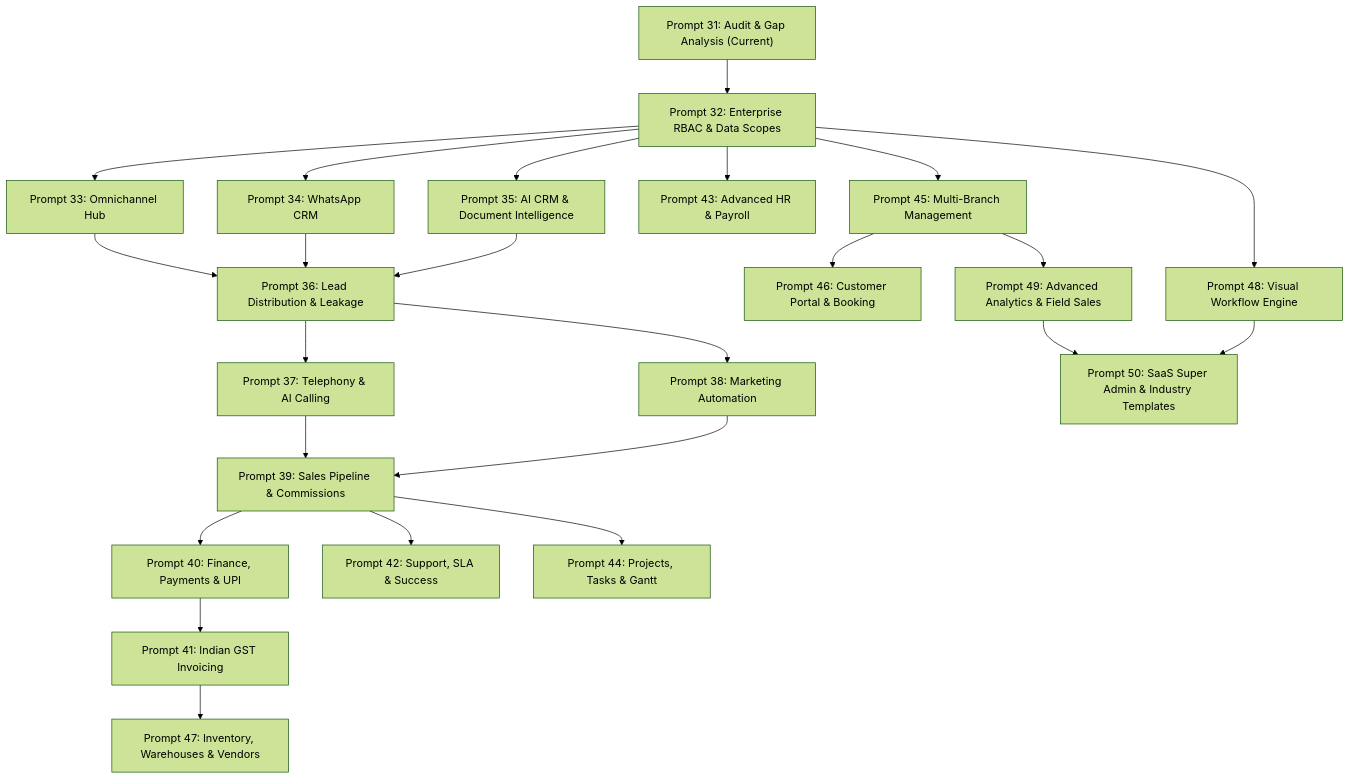
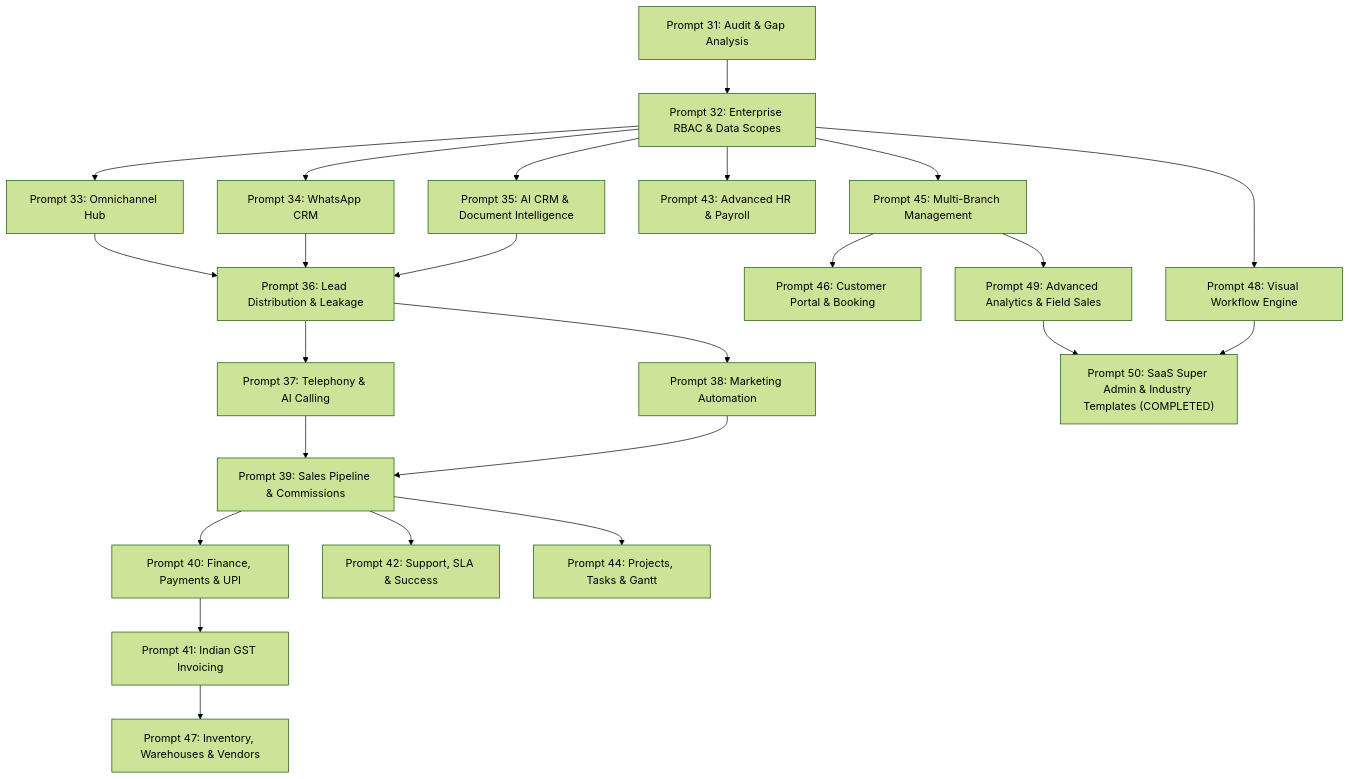
Before and after one commit to yukt2026/crm-enterprises: the diagram in docs/CRM_ADVANCED_IMPLEMENTATION_STATUS.md, drawn with Mermaid (forest theme). The commit also changed other lines of this file and 153 other files, not shown here.

````diff
--- a/docs/CRM_ADVANCED_IMPLEMENTATION_STATUS.md
+++ b/docs/CRM_ADVANCED_IMPLEMENTATION_STATUS.md
@@ -78,26 +79,26 @@
 ```mermaid
 flowchart TD
-    P31["Prompt 31: Audit & Gap Analysis (Current)"] --> P32["Prompt 32: Enterprise RBAC & Data Scopes"]
+    P31["Prompt 31: Audit & Gap Analysis"] --> P32["Prompt 32: Enterprise RBAC & Data Scopes"]
     P32 --> P33["Prompt 33: Omnichannel Hub"]
     P32 --> P34["Prompt 34: WhatsApp CRM"]
     P32 --> P35["Prompt 35: AI CRM & Document Intelligence"]
     P33 --> P36["Prompt 36: Lead Distribution & Leakage"]
     P34 --> P36
     P35 --> P36
     P36 --> P37["Prompt 37: Telephony & AI Calling"]
     P36 --> P38["Prompt 38: Marketing Automation"]
     P37 --> P39["Prompt 39: Sales Pipeline & Commissions"]
     P38 --> P39
     P39 --> P40["Prompt 40: Finance, Payments & UPI"]
     P40 --> P41["Prompt 41: Indian GST Invoicing"]
     P39 --> P42["Prompt 42: Support, SLA & Success"]
     P32 --> P43["Prompt 43: Advanced HR & Payroll"]
     P39 --> P44["Prompt 44: Projects, Tasks & Gantt"]
     P32 --> P45["Prompt 45: Multi-Branch Management"]
     P45 --> P46["Prompt 46: Customer Portal & Booking"]
     P41 --> P47["Prompt 47: Inventory, Warehouses & Vendors"]
     P32 --> P48["Prompt 48: Visual Workflow Engine"]
     P45 --> P49["Prompt 49: Advanced Analytics & Field Sales"]
-    P48 --> P50["Prompt 50: SaaS Super Admin & Industry Templates"]
+    P48 --> P50["Prompt 50: SaaS Super Admin & Industry Templates (COMPLETED)"]
     P49 --> P50
 ```
````
